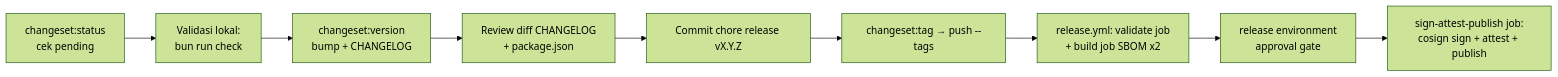
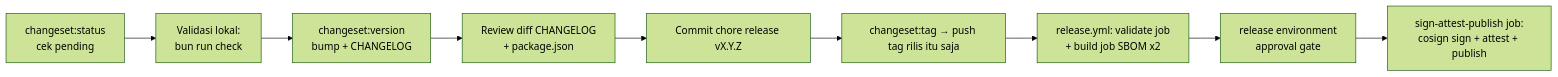
One commit to ahliweb/awcms-mini changed the diagram in .claude/skills/awcms-mini-release/SKILL.md. Above: the diagram before and after it, drawn with Mermaid (forest theme). The commit also changed other lines of this file and 3 other files, not shown here.

````diff
--- a/.claude/skills/awcms-mini-release/SKILL.md
+++ b/.claude/skills/awcms-mini-release/SKILL.md
@@ -29,11 +25,11 @@
 ```mermaid
 flowchart LR
   A[changeset:status<br/>cek pending] --> B[Validasi lokal:<br/>bun run check]
   B --> C[changeset:version<br/>bump + CHANGELOG]
   C --> D[Review diff CHANGELOG<br/>+ package.json]
   D --> E[Commit chore release vX.Y.Z]
-  E --> F[changeset:tag → push --tags]
+  E --> F[changeset:tag → push tag rilis itu saja]
   F --> G[release.yml: validate job<br/>+ build job SBOM x2]
   G --> H[release environment<br/>approval gate]
   H --> I[sign-attest-publish job:<br/>cosign sign + attest + publish]
 ```
````
